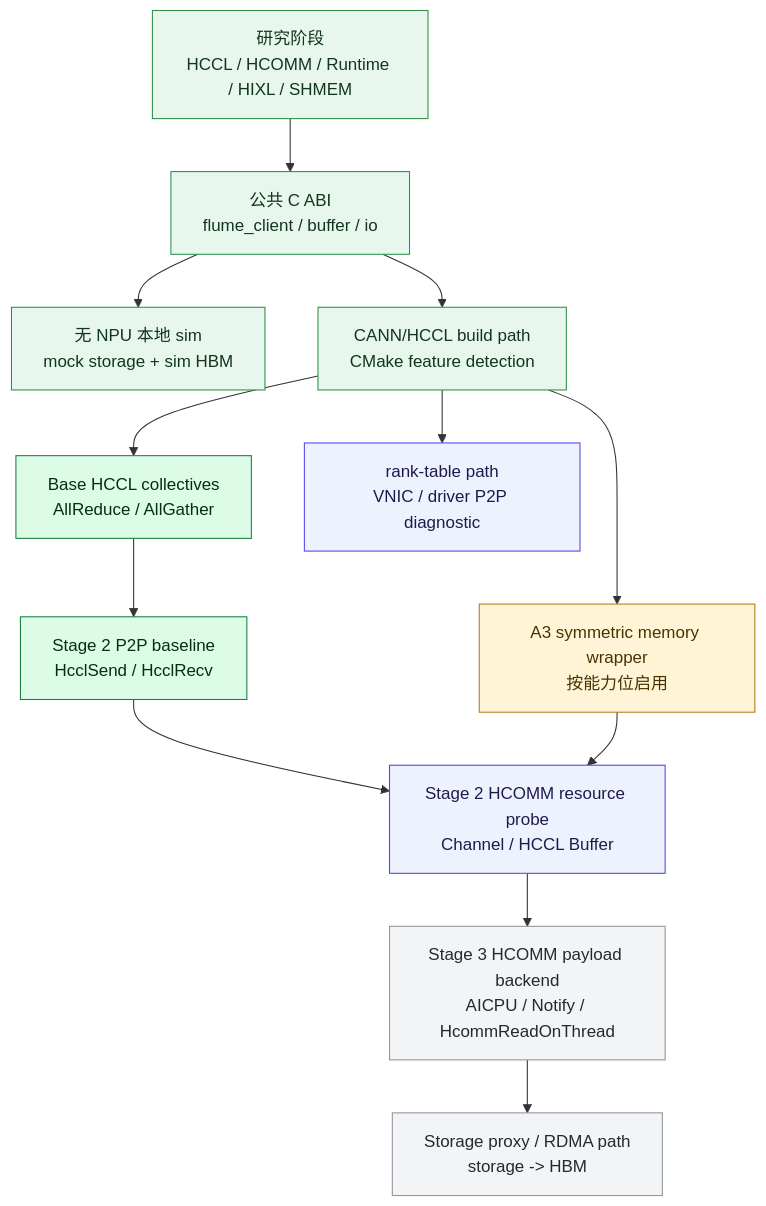
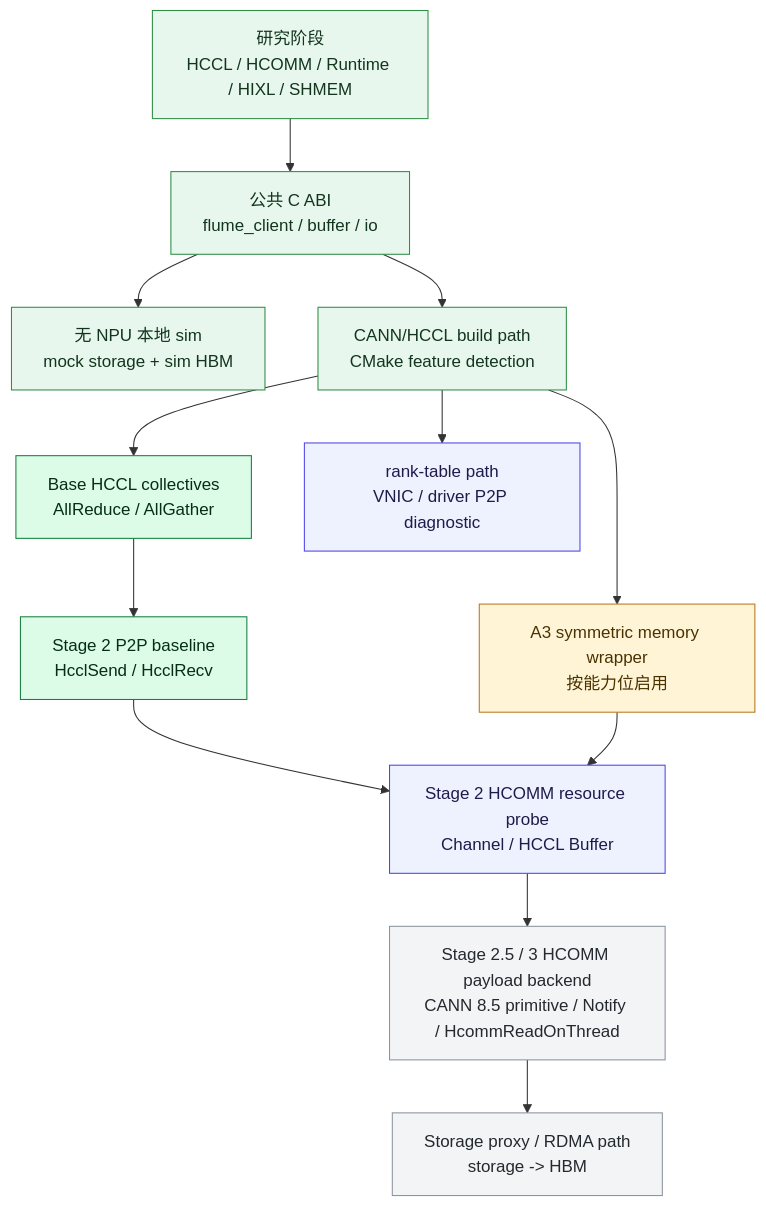
Before and after one commit to Leaf-Salix/flume-ascend-host-bypass-datapath: the first of 12 diagrams in docs/implementation-flow-summary.md, drawn with Mermaid. The commit also changed other lines of this file and 18 other files, not shown here.

Commit message:
Add HCOMM payload sim and full matrix tooling

````diff
--- a/docs/implementation-flow-summary.md
+++ b/docs/implementation-flow-summary.md
@@ -47,32 +58,32 @@
 ```mermaid
 flowchart TB
     classDef done fill:#e8f7ed,stroke:#2f8f46,color:#12351d;
     classDef verified fill:#dcfce7,stroke:#15803d,color:#052e16;
     classDef partial fill:#fff5d6,stroke:#b7791f,color:#4a3200;
     classDef future fill:#f3f4f6,stroke:#8b949e,color:#24292f;
     classDef diag fill:#eef2ff,stroke:#4f46e5,color:#1e1b4b;
 
     Research["研究阶段<br/>HCCL / HCOMM / Runtime / HIXL / SHMEM"]:::done
     ABI["公共 C ABI<br/>flume_client / buffer / io"]:::done
     Local["无 NPU 本地 sim<br/>mock storage + sim HBM"]:::done
     HcclBuild["CANN/HCCL build path<br/>CMake feature detection"]:::done
     Collectives["Base HCCL collectives<br/>AllReduce / AllGather"]:::verified
     P2P["Stage 2 P2P baseline<br/>HcclSend / HcclRecv"]:::verified
     RankTable["rank-table path<br/>VNIC / driver P2P diagnostic"]:::diag
     A3["A3 symmetric memory wrapper<br/>按能力位启用"]:::partial
     HcommProbe["Stage 2 HCOMM resource probe<br/>Channel / HCCL Buffer"]:::diag
-    Hcomm["Stage 3 HCOMM payload backend<br/>AICPU / Notify / HcommReadOnThread"]:::future
+    Hcomm["Stage 2.5 / 3 HCOMM payload backend<br/>CANN 8.5 primitive / Notify / HcommReadOnThread"]:::future
     Storage["Storage proxy / RDMA path<br/>storage -> HBM"]:::future
 
     Research --> ABI
     ABI --> Local
     ABI --> HcclBuild
     HcclBuild --> Collectives
     Collectives --> P2P
     HcclBuild --> RankTable
     HcclBuild --> A3
     P2P --> HcommProbe
     A3 --> HcommProbe
     HcommProbe --> Hcomm
     Hcomm --> Storage
 ```
````
